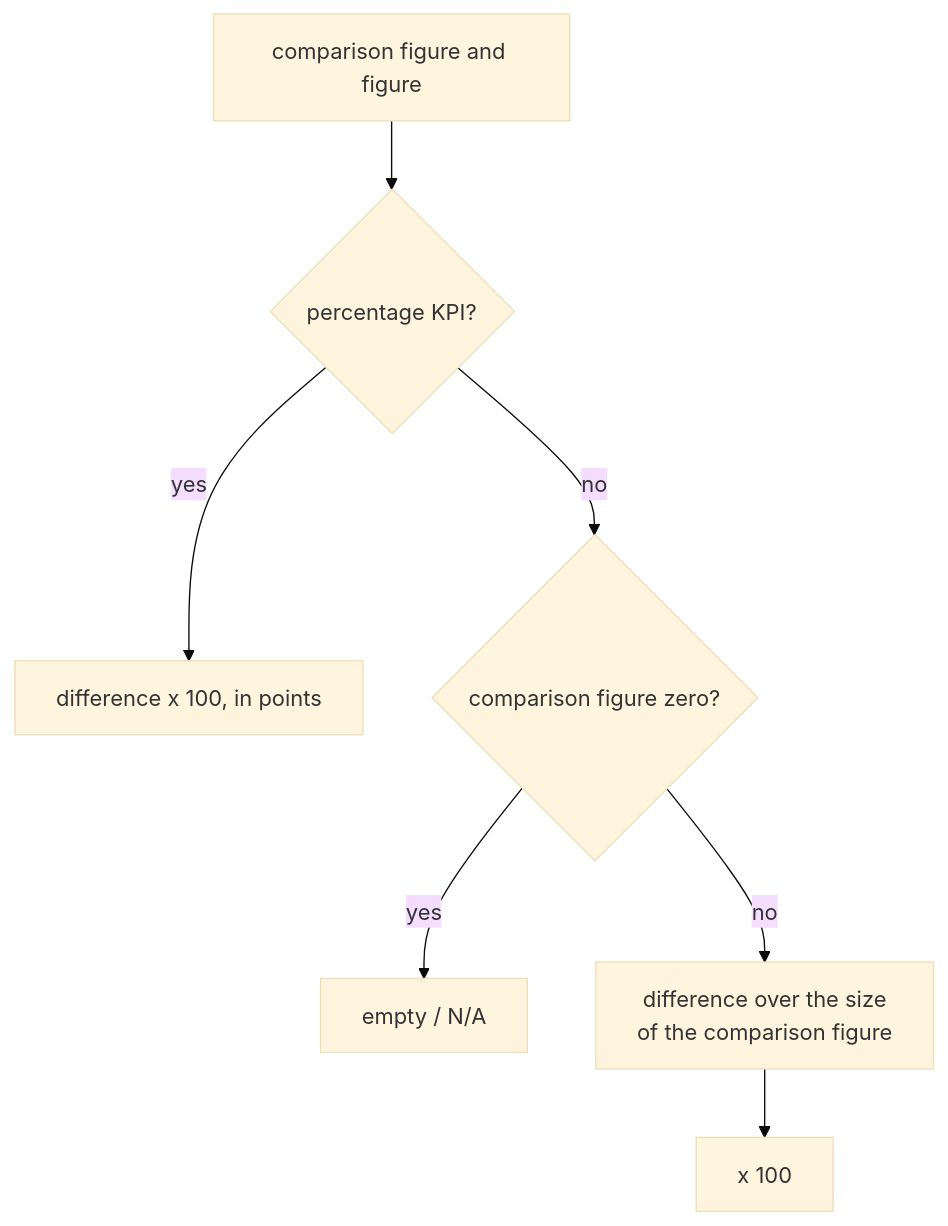
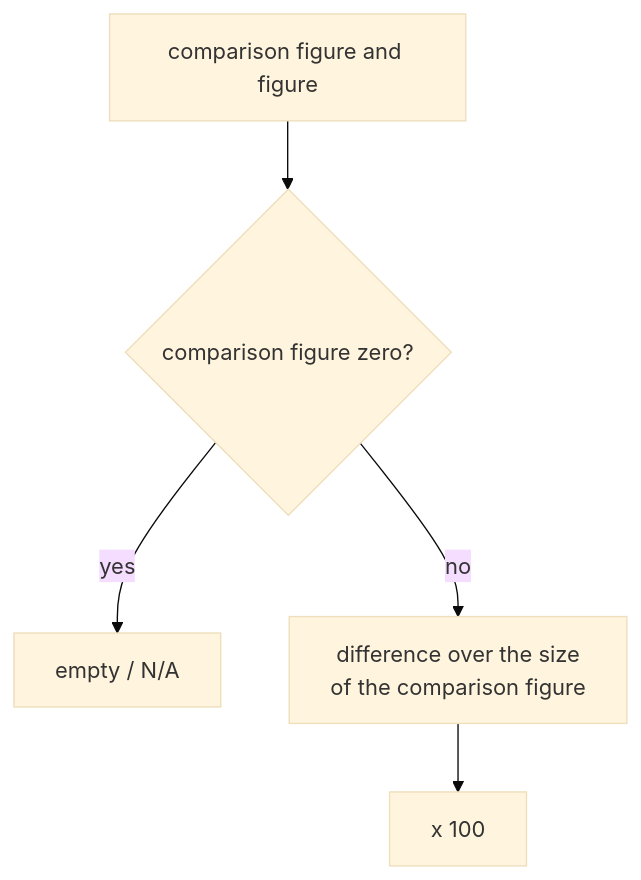
The sixth of 8 diagrams in openspec/changes/portfolio-report-quarter-activity-and-change-sign/design.md (sampadadiwan/IRM_CompanyMain), drawn with Mermaid (base theme) before and after one commit. The commit also changed other lines of this file and 11 other files, not shown here.

First line of the commit message:
Show percentage KPI changes as a percent change, not percentage points

````diff
--- a/openspec/changes/portfolio-report-quarter-activity-and-change-sign/design.md
+++ b/openspec/changes/portfolio-report-quarter-activity-and-change-sign/design.md
@@ -339,9 +338,7 @@
 ```mermaid
 flowchart TD
-    A["comparison figure and figure"] --> P{"percentage KPI?"}
-    P -- "yes" --> Q["difference x 100, in points"]
-    P -- "no" --> B{"comparison figure zero?"}
+    A["comparison figure and figure"] --> B{"comparison figure zero?"}
     B -- "yes" --> N["empty / N/A"]
     B -- "no" --> C["difference over the size<br/>of the comparison figure"]
     C --> D["x 100"]
 ```
````
